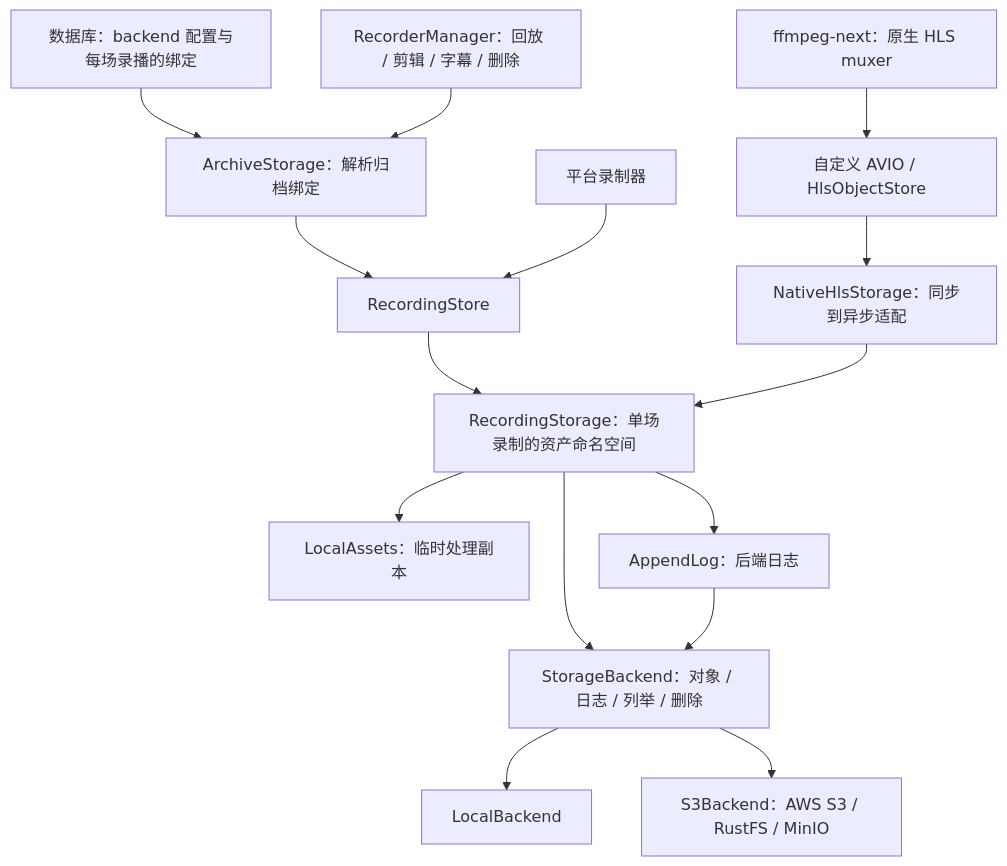
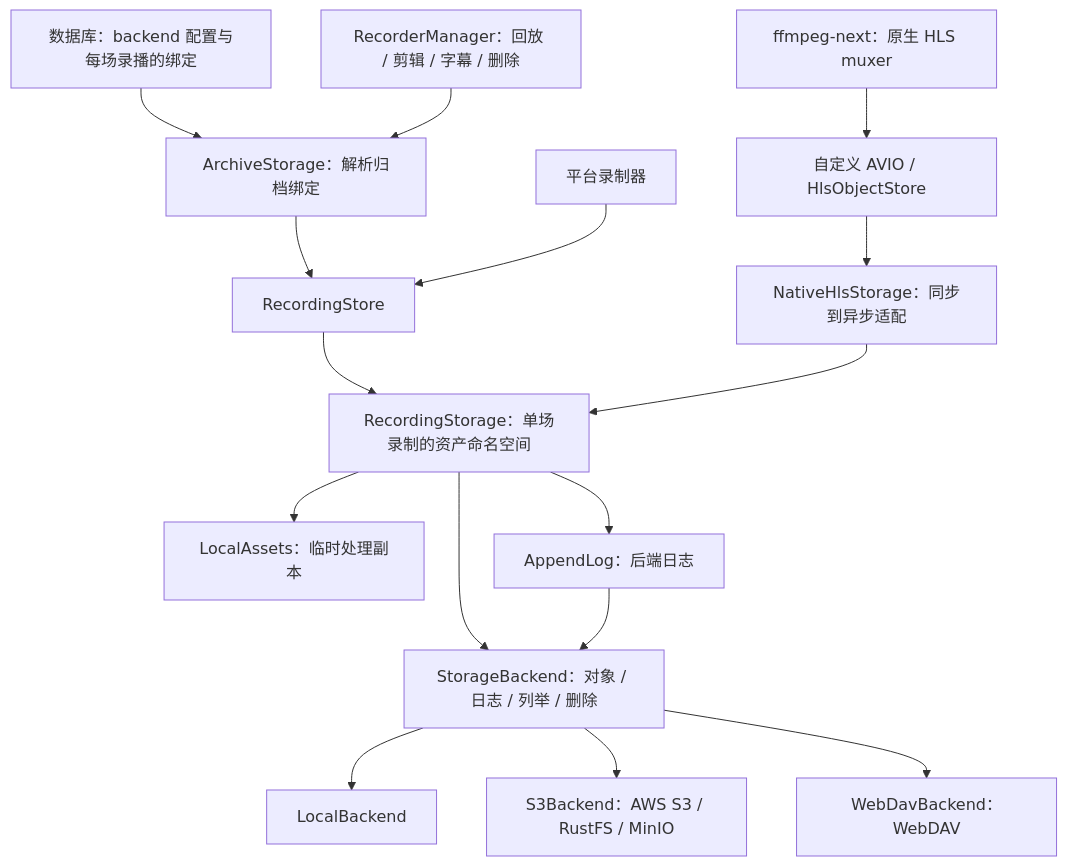
The diagram in docs/development/backend/recording-storage.md (Xinrea/bili-shadowreplay), drawn with Mermaid before and after one commit. The commit also changed other lines of this file and 39 other files, not shown here.

Commit message:
feat: add WebDAV storage and resumable runtime downloads (#499)

````diff
--- a/docs/development/backend/recording-storage.md
+++ b/docs/development/backend/recording-storage.md
@@ -14,17 +51,18 @@
 ```mermaid
 flowchart TD
     DB["数据库：backend 配置与每场录播的绑定"] --> A0["ArchiveStorage：解析归档绑定"]
     A0 --> S["RecordingStore"]
     P["平台录制器"] --> S
     C["RecorderManager：回放 / 剪辑 / 字幕 / 删除"] --> A0
     S --> R["RecordingStorage：单场录制的资产命名空间"]
     R --> B["StorageBackend：对象 / 日志 / 列举 / 删除"]
     R --> W["LocalAssets：临时处理副本"]
     R --> L["AppendLog：后端日志"]
     L --> B
     B --> F["LocalBackend"]
     B --> S3["S3Backend：AWS S3 / RustFS / MinIO"]
+    B --> DAV["WebDavBackend：WebDAV"]
     N["ffmpeg-next：原生 HLS muxer"] --> I["自定义 AVIO / HlsObjectStore"]
     I --> A["NativeHlsStorage：同步到异步适配"]
     A --> R
 ```
````
